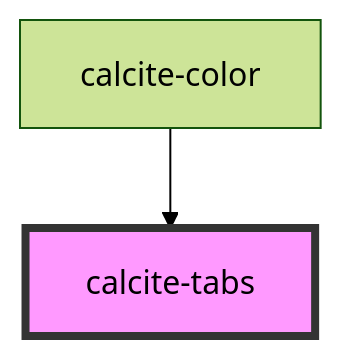
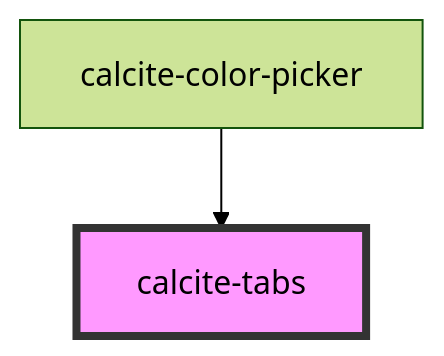
The diagram in src/components/calcite-tabs/readme.md (vikivakarvc/calcite-design-system), drawn with Mermaid (forest theme) before and after one commit. The commit also changed other lines of this file and 31 other files, not shown here.

````diff
--- a/src/components/calcite-tabs/readme.md
+++ b/src/components/calcite-tabs/readme.md
@@ -35,5 +35,5 @@
 ```mermaid
 graph TD;
-  calcite-color --> calcite-tabs
+  calcite-color-picker --> calcite-tabs
   style calcite-tabs fill:#f9f,stroke:#333,stroke-width:4px
 ```
````
